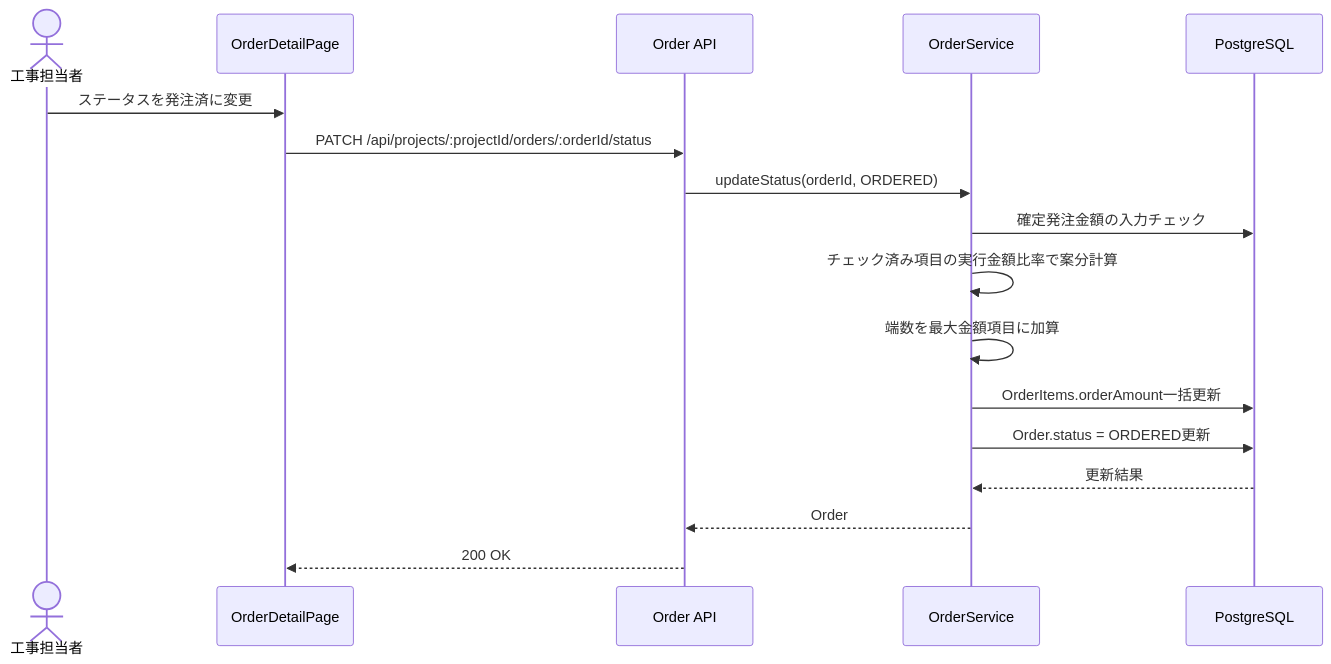
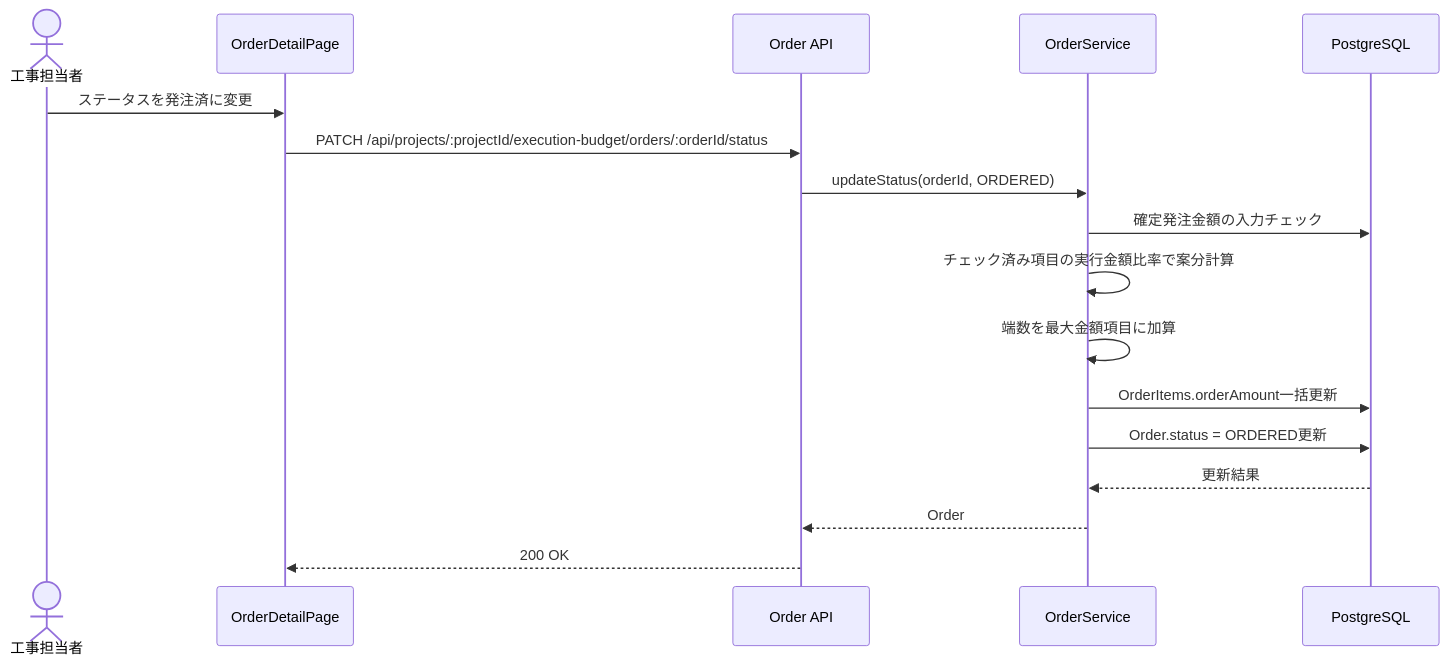
One commit to inakanou/ArchiTrack changed the third of 5 diagrams in .kiro/specs/execution-budget-management/design.md. Above: the diagram before and after it, drawn with Mermaid. The commit also changed other lines of this file and 1 other file, not shown here.

````diff
--- a/.kiro/specs/execution-budget-management/design.md
+++ b/.kiro/specs/execution-budget-management/design.md
@@ -155,20 +159,20 @@
 ```mermaid
 sequenceDiagram
     actor User as 工事担当者
     participant UI as OrderDetailPage
     participant API as Order API
     participant SVC as OrderService
     participant DB as PostgreSQL
 
     User->>UI: ステータスを発注済に変更
-    UI->>API: PATCH /api/projects/:projectId/orders/:orderId/status
+    UI->>API: PATCH /api/projects/:projectId/execution-budget/orders/:orderId/status
     API->>SVC: updateStatus(orderId, ORDERED)
     SVC->>DB: 確定発注金額の入力チェック
     SVC->>SVC: チェック済み項目の実行金額比率で案分計算
     SVC->>SVC: 端数を最大金額項目に加算
     SVC->>DB: OrderItems.orderAmount一括更新
     SVC->>DB: Order.status = ORDERED更新
     DB-->>SVC: 更新結果
     SVC-->>API: Order
     API-->>UI: 200 OK
 ```
````
